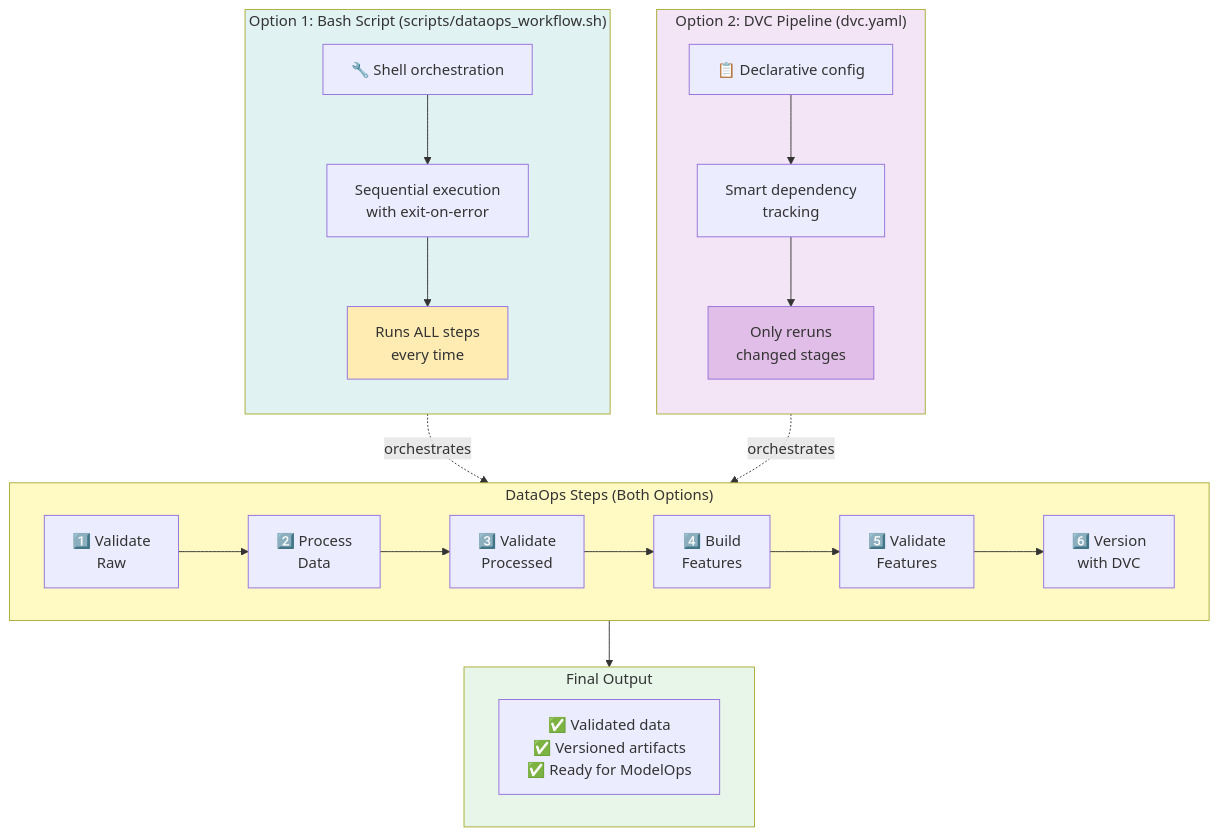
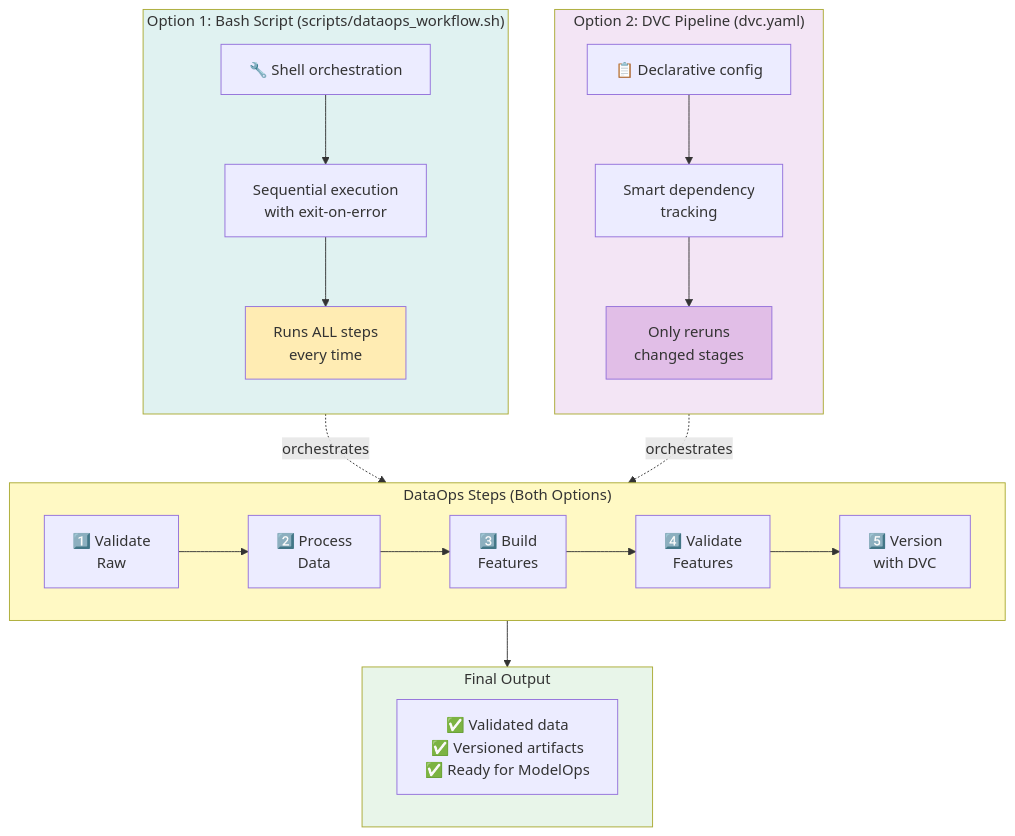
Before and after one commit to bradleyboehmke/uc-bana-7075-reference-system: the first of 2 diagrams in docs/dataops/automation.md, drawn with Mermaid. The commit also changed other lines of this file and 35 other files, not shown here.

````diff
--- a/docs/dataops/automation.md
+++ b/docs/dataops/automation.md
@@ -69,43 +67,42 @@
 ```mermaid
 flowchart TB
     subgraph Option1["Option 1: Bash Script (scripts/dataops_workflow.sh)"]
         direction TB
         B1[🔧 Shell orchestration]
         B2[Sequential execution<br/>with exit-on-error]
         B3[Runs ALL steps<br/>every time]
         B1 --> B2 --> B3
     end
 
     subgraph Option2["Option 2: DVC Pipeline (dvc.yaml)"]
         direction TB
         D1[📋 Declarative config]
         D2[Smart dependency<br/>tracking]
         D3[Only reruns<br/>changed stages]
         D1 --> D2 --> D3
     end
 
     subgraph Steps["DataOps Steps (Both Options)"]
         direction LR
         S1[1️⃣ Validate<br/>Raw] --> S2[2️⃣ Process<br/>Data]
-        S2 --> S3[3️⃣ Validate<br/>Processed]
-        S3 --> S4[4️⃣ Build<br/>Features]
-        S4 --> S5[5️⃣ Validate<br/>Features]
-        S5 --> S6[6️⃣ Version<br/>with DVC]
+        S2 --> S3[3️⃣ Build<br/>Features]
+        S3 --> S4[4️⃣ Validate<br/>Features]
+        S4 --> S5[5️⃣ Version<br/>with DVC]
     end
 
     Option1 -.orchestrates.-> Steps
     Option2 -.orchestrates.-> Steps
 
     subgraph Output["Final Output"]
         O1[✅ Validated data<br/>✅ Versioned artifacts<br/>✅ Ready for ModelOps]
     end
 
     Steps --> Output
 
     style Option1 fill:#e0f2f1
     style Option2 fill:#f3e5f5
     style Steps fill:#fff9c4
     style Output fill:#e8f5e9
     style B3 fill:#ffecb3
     style D3 fill:#e1bee7
 ```
````
